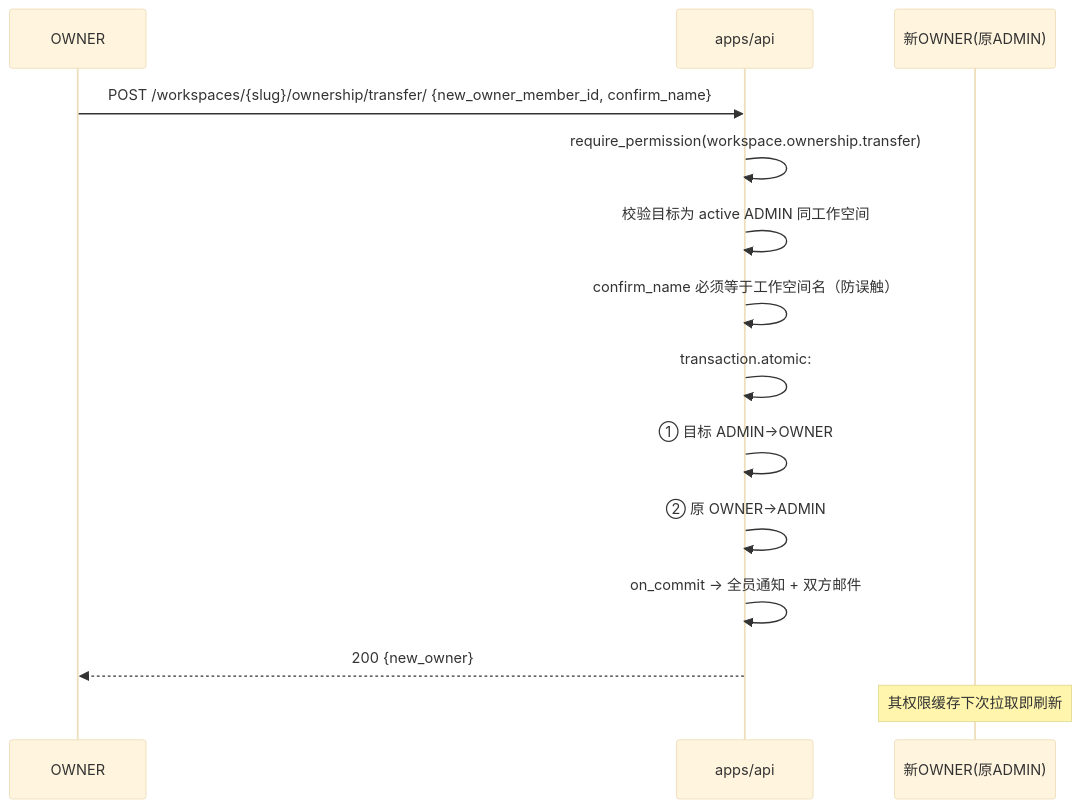
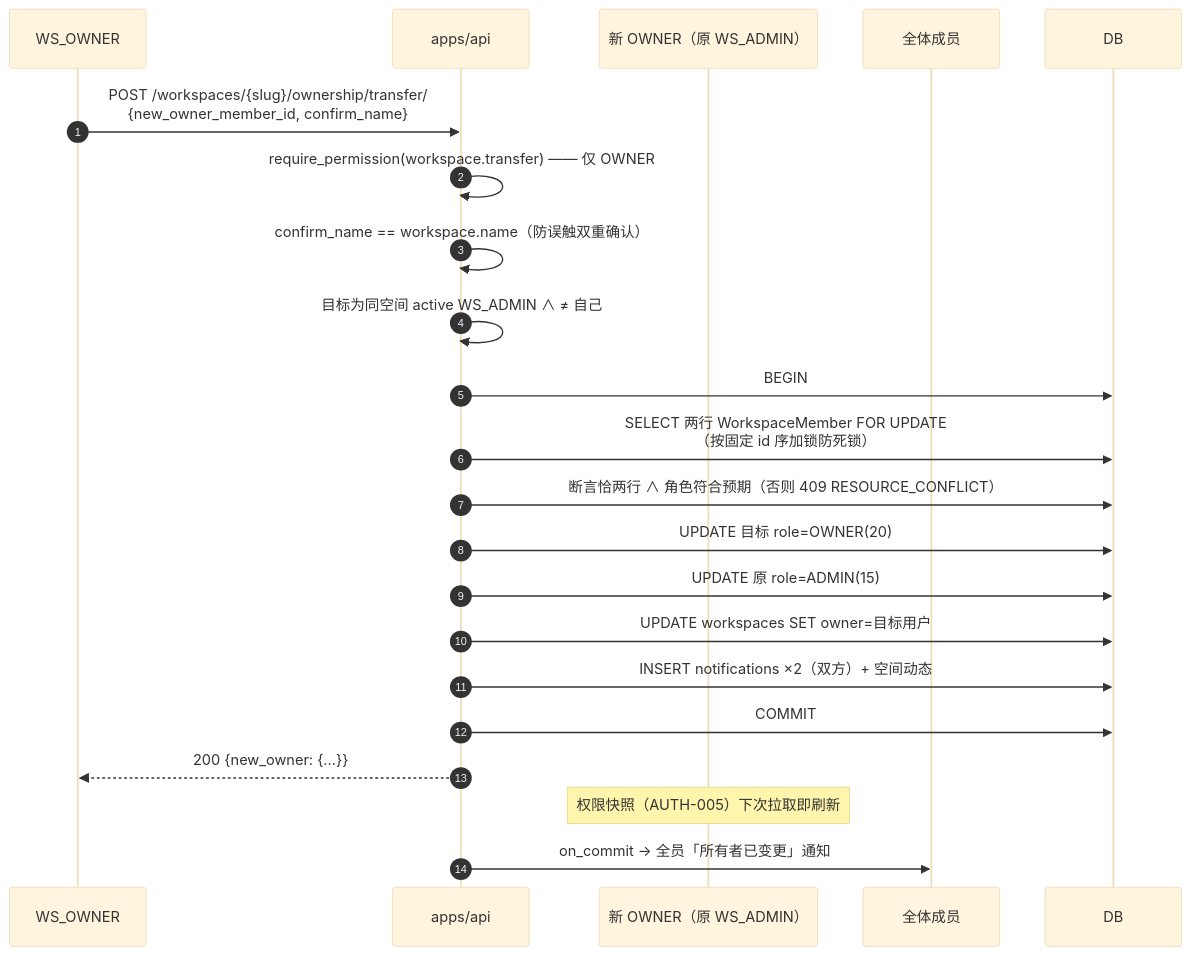
The fifth of 6 diagrams in docs/sprint-1-mvp/TEAM-002-member-management.md (RabbitAI-Lab/RabbitProjects), drawn with Mermaid (base theme) before and after one commit. The commit also changed other lines of this file and 86 other files, not shown here.

````diff
--- a/docs/sprint-1-mvp/TEAM-002-member-management.md
+++ b/docs/sprint-1-mvp/TEAM-002-member-management.md
@@ -114,16 +236,24 @@
 ```mermaid
 sequenceDiagram
-    participant O as OWNER
+    autonumber
+    participant O as WS_OWNER
     participant A as apps/api
-    participant N as 新OWNER(原ADMIN)
-    O->>A: POST /workspaces/{slug}/ownership/transfer/ {new_owner_member_id, confirm_name}
-    A->>A: require_permission(workspace.ownership.transfer)
-    A->>A: 校验目标为 active ADMIN 同工作空间
-    A->>A: confirm_name 必须等于工作空间名（防误触）
-    A->>A: transaction.atomic:
-    A->>A:  ① 目标 ADMIN→OWNER
-    A->>A:  ② 原 OWNER→ADMIN
-    A->>A: on_commit → 全员通知 + 双方邮件
-    A-->>O: 200 {new_owner}
-    Note over N: 其权限缓存下次拉取即刷新
+    participant N as 新 OWNER（原 WS_ADMIN）
+    participant W as 全体成员
+
+    O->>A: POST /workspaces/{slug}/ownership/transfer/<br/>{new_owner_member_id, confirm_name}
+    A->>A: require_permission(workspace.transfer) —— 仅 OWNER
+    A->>A: confirm_name == workspace.name（防误触双重确认）
+    A->>A: 目标为同空间 active WS_ADMIN ∧ ≠ 自己
+    A->>DB: BEGIN
+    A->>DB: SELECT 两行 WorkspaceMember FOR UPDATE<br/>（按固定 id 序加锁防死锁）
+    A->>DB: 断言恰两行 ∧ 角色符合预期（否则 409 RESOURCE_CONFLICT）
+    A->>DB: UPDATE 目标 role=OWNER(20)
+    A->>DB: UPDATE 原 role=ADMIN(15)
+    A->>DB: UPDATE workspaces SET owner=目标用户
+    A->>DB: INSERT notifications ×2（双方）+ 空间动态
+    A->>DB: COMMIT
+    A-->>O: 200 {new_owner: {...}}
+    Note over N: 权限快照（AUTH-005）下次拉取即刷新
+    A->>W: on_commit → 全员「所有者已变更」通知
 ```
````
